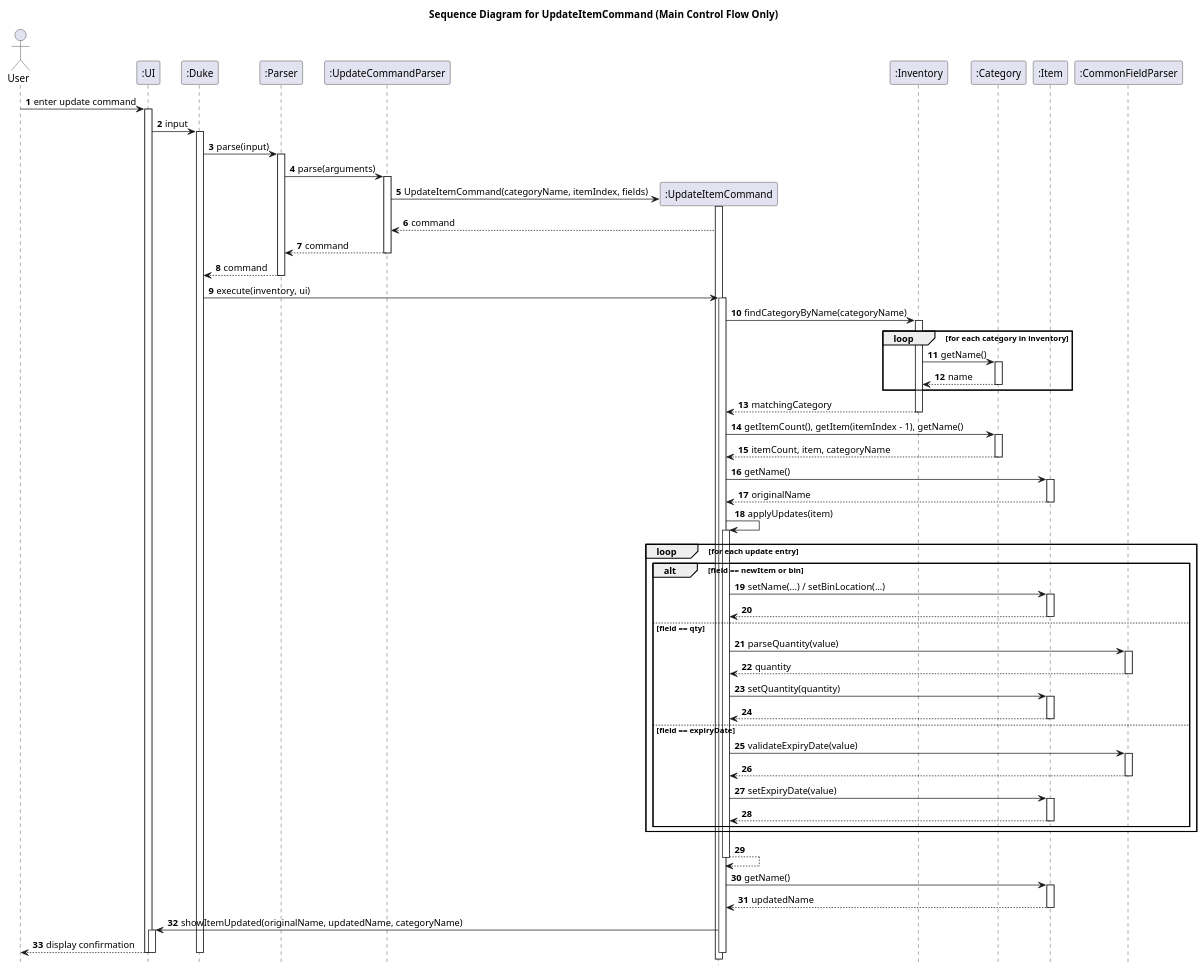
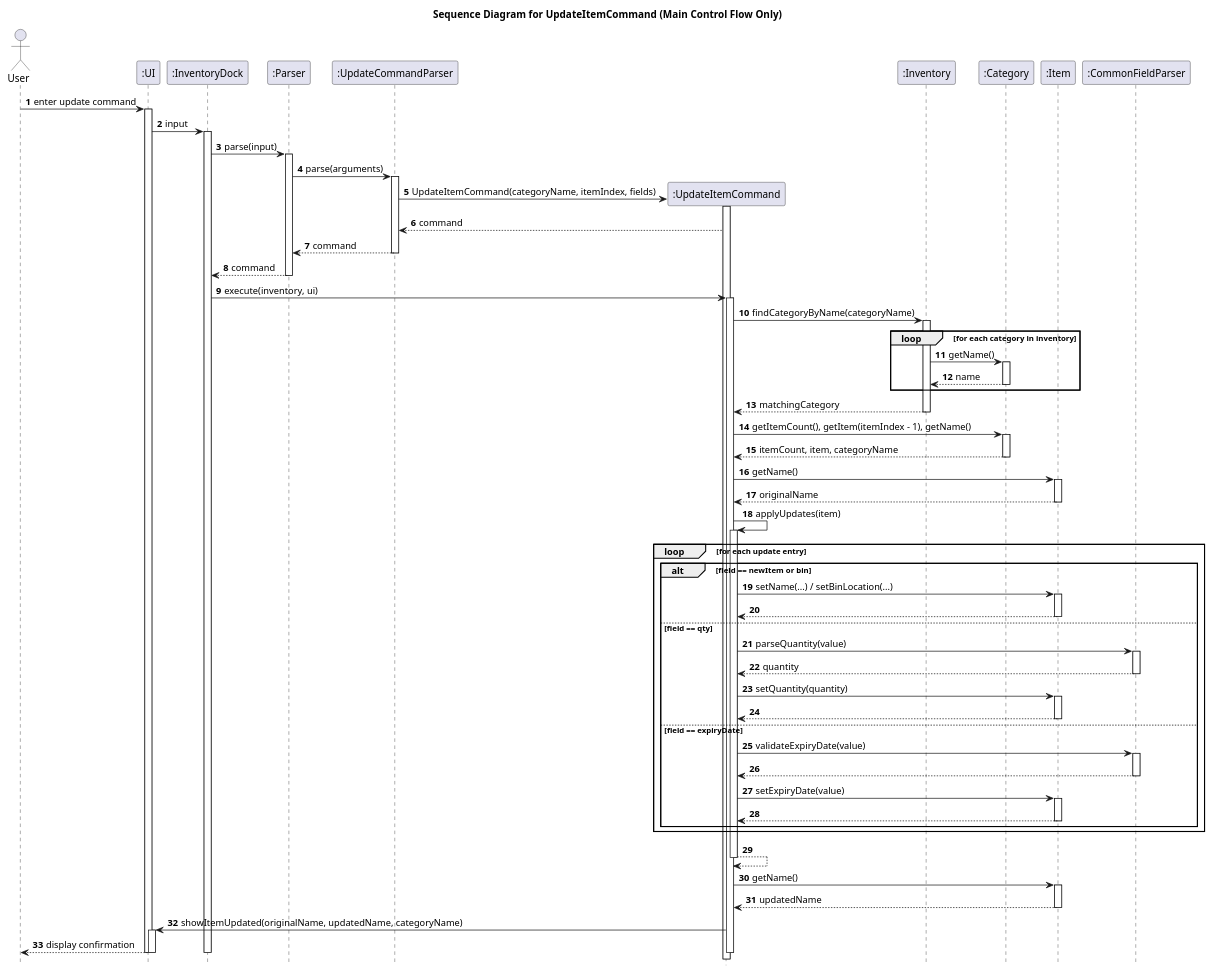
One commit to yueyang1111/tp changed the diagram in docs/diagrams/UpdateItemCommandMainFlow.puml. Above: the diagram before and after it, drawn with PlantUML. The commit also changed other lines of this file and 42 other files, not shown here.

Commit message:
Update name for diagrams

```diff
--- a/docs/diagrams/UpdateItemCommandMainFlow.puml
+++ b/docs/diagrams/UpdateItemCommandMainFlow.puml
@@ -1,103 +1,103 @@
 @startuml
 title Sequence Diagram for UpdateItemCommand (Main Control Flow Only)
 
 autonumber
 hide footbox
 
 actor User
 participant ":UI" as UI
-participant ":Duke" as Duke
+participant ":InventoryDock" as InventoryDock
 participant ":Parser" as Parser
 participant ":UpdateCommandParser" as UpdateCommandParser
 participant ":UpdateItemCommand" as UpdateItemCommand
 participant ":Inventory" as Inventory
 participant ":Category" as Category
 participant ":Item" as Item
 participant ":CommonFieldParser" as CommonFieldParser
 
 User -> UI: enter update command
 activate UI
-UI -> Duke: input
-activate Duke
-Duke -> Parser: parse(input)
+UI -> InventoryDock: input
+activate InventoryDock
+InventoryDock -> Parser: parse(input)
 activate Parser
 
 Parser -> UpdateCommandParser: parse(arguments)
 activate UpdateCommandParser
 create UpdateItemCommand
 UpdateCommandParser -> UpdateItemCommand: UpdateItemCommand(categoryName, itemIndex, fields)
 activate UpdateItemCommand
 UpdateItemCommand --> UpdateCommandParser: command
 UpdateCommandParser --> Parser: command
 deactivate UpdateCommandParser
-Parser --> Duke: command
+Parser --> InventoryDock: command
 deactivate Parser
 
-Duke -> UpdateItemCommand: execute(inventory, ui)
+InventoryDock -> UpdateItemCommand: execute(inventory, ui)
 activate UpdateItemCommand
 UpdateItemCommand -> Inventory: findCategoryByName(categoryName)
 activate Inventory
 loop for each category in inventory
     Inventory -> Category: getName()
     activate Category
     Category --> Inventory: name
     deactivate Category
 end
 Inventory --> UpdateItemCommand: matchingCategory
 deactivate Inventory
 
 UpdateItemCommand -> Category: getItemCount(), getItem(itemIndex - 1), getName()
 activate Category
 Category --> UpdateItemCommand: itemCount, item, categoryName
 deactivate Category
 
 UpdateItemCommand -> Item: getName()
 activate Item
 Item --> UpdateItemCommand: originalName
 deactivate Item
 
 UpdateItemCommand -> UpdateItemCommand: applyUpdates(item)
 activate UpdateItemCommand
 loop for each update entry
     alt field == newItem or bin
         UpdateItemCommand -> Item: setName(...) / setBinLocation(...)
         activate Item
         Item --> UpdateItemCommand
         deactivate Item
     else field == qty
         UpdateItemCommand -> CommonFieldParser: parseQuantity(value)
         activate CommonFieldParser
         CommonFieldParser --> UpdateItemCommand: quantity
         deactivate CommonFieldParser
         UpdateItemCommand -> Item: setQuantity(quantity)
         activate Item
         Item --> UpdateItemCommand
         deactivate Item
     else field == expiryDate
         UpdateItemCommand -> CommonFieldParser: validateExpiryDate(value)
         activate CommonFieldParser
         CommonFieldParser --> UpdateItemCommand
         deactivate CommonFieldParser
         UpdateItemCommand -> Item: setExpiryDate(value)
         activate Item
         Item --> UpdateItemCommand
         deactivate Item
     end
 end
 UpdateItemCommand --> UpdateItemCommand
 deactivate UpdateItemCommand
 
 UpdateItemCommand -> Item: getName()
 activate Item
 Item --> UpdateItemCommand: updatedName
 deactivate Item
 
 UpdateItemCommand -> UI: showItemUpdated(originalName, updatedName, categoryName)
 activate UI
 UI --> User: display confirmation
 deactivate UI
 
 deactivate UpdateItemCommand
-deactivate Duke
+deactivate InventoryDock
 deactivate UI
 @enduml
```
